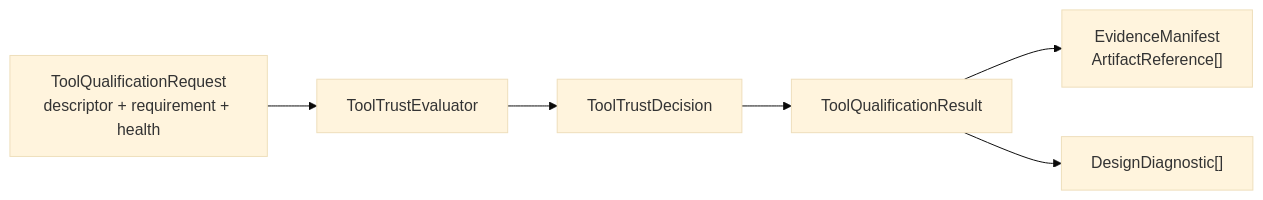
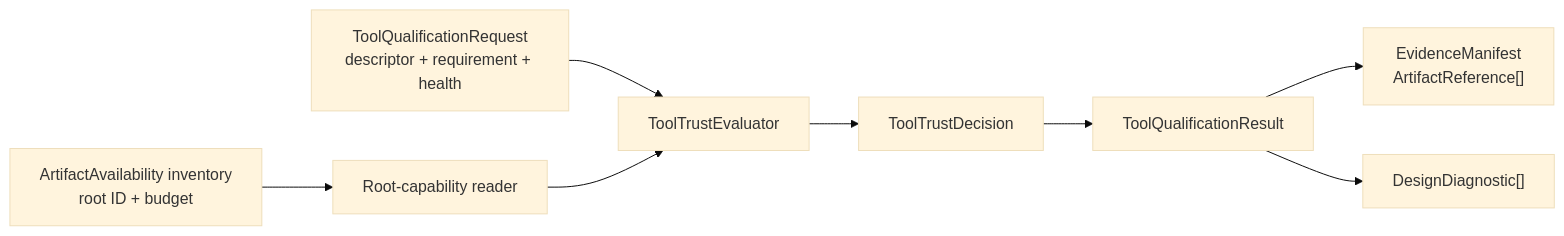
The first of 2 diagrams in README.md (1amageek/ToolQualification), drawn with Mermaid (base theme) before and after one commit. The commit also changed other lines of this file and 45 other files, not shown here.

````diff
--- a/README.md
+++ b/README.md
@@ -25,8 +25,10 @@
 ```mermaid
 flowchart LR
   Request["ToolQualificationRequest\ndescriptor + requirement + health"] --> Evaluator["ToolTrustEvaluator"]
+  Availability["ArtifactAvailability inventory\nroot ID + budget"] --> Reader["Root-capability reader"]
+  Reader --> Evaluator
   Evaluator --> Decision["ToolTrustDecision"]
   Decision --> Result["ToolQualificationResult"]
   Result --> Evidence["EvidenceManifest\nArtifactReference[]"]
   Result --> Diagnostics["DesignDiagnostic[]"]
 ```
````
